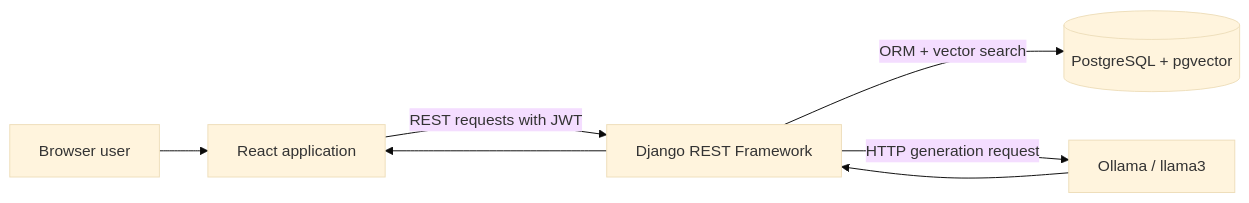
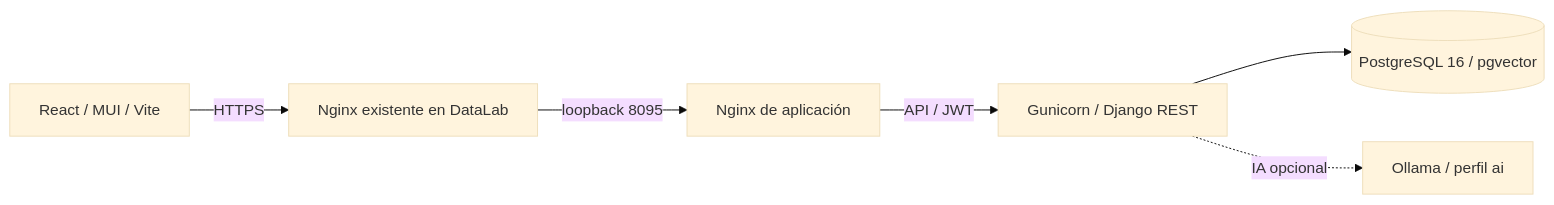
The diagram in docs/architecture.md (SebPy00/proyect-rag-tracker), drawn with Mermaid (base theme) before and after one commit. The commit also changed other lines of this file and 22 other files, not shown here.

````diff
--- a/docs/architecture.md
+++ b/docs/architecture.md
@@ -9,9 +3,8 @@
 ```mermaid
 flowchart LR
-    User[Browser user] --> React[React application]
-    React -->|REST requests with JWT| Django[Django REST Framework]
-    Django -->|ORM + vector search| Postgres[(PostgreSQL + pgvector)]
-    Django -->|HTTP generation request| Ollama[Ollama / llama3]
-    Ollama --> Django
-    Django --> React
+    Browser[React / MUI / Vite] -->|HTTPS| Host[Nginx existente en DataLab]
+    Host -->|loopback 8095| Web[Nginx de aplicación]
+    Web -->|API / JWT| API[Gunicorn / Django REST]
+    API --> DB[(PostgreSQL 16 / pgvector)]
+    API -. IA opcional .-> Ollama[Ollama / perfil ai]
 ```
````
